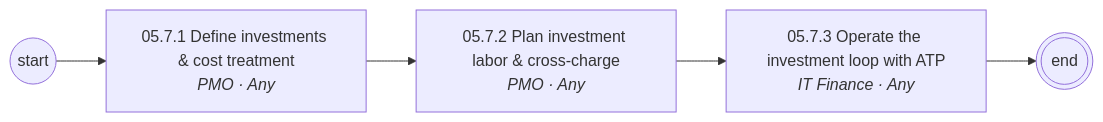
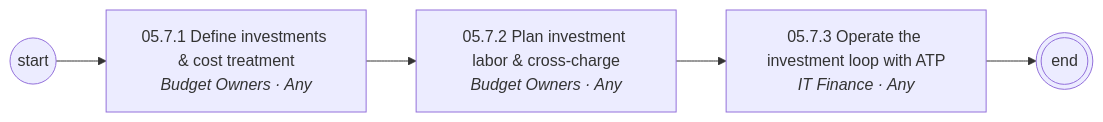
One commit to corbyjames/apptio-process-catalog changed the eighth of 9 diagrams in diagrams/mermaid/area-05.md. Above: the diagram before and after it, drawn with Mermaid. The commit also changed other lines of this file and 251 other files, not shown here.

````diff
--- a/diagrams/mermaid/area-05.md
+++ b/diagrams/mermaid/area-05.md
@@ -117,11 +119,11 @@
 ```mermaid
 flowchart LR
   S((start))
-  N05_7_1["05.7.1 Define investments & cost treatment<br/><i>PMO · Any</i>"]
+  N05_7_1["05.7.1 Define investments & cost treatment<br/><i>Budget Owners · Any</i>"]
   S --> N05_7_1
-  N05_7_2["05.7.2 Plan investment labor & cross-charge<br/><i>PMO · Any</i>"]
+  N05_7_2["05.7.2 Plan investment labor & cross-charge<br/><i>Budget Owners · Any</i>"]
   N05_7_1 --> N05_7_2
   N05_7_3["05.7.3 Operate the investment loop with ATP<br/><i>IT Finance · Any</i>"]
   N05_7_2 --> N05_7_3
   N05_7_3 --> E(((end)))
 ```
````
